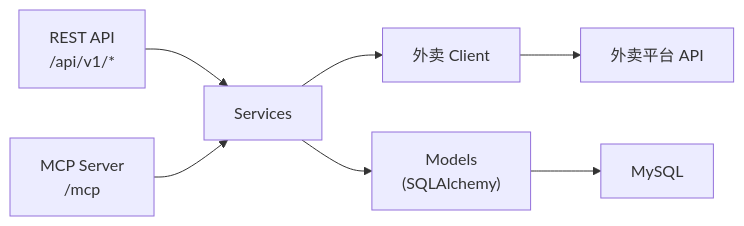
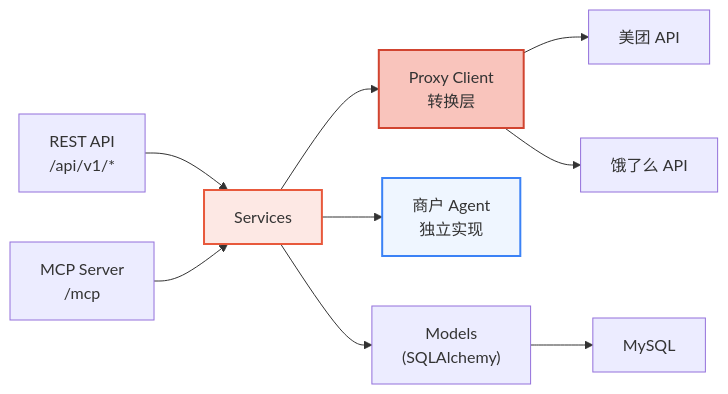
Before and after one commit to clawdot/docs: the first of 7 diagrams in gateway/architecture.mdx, drawn with Mermaid. The commit also changed other lines of this file and 85 other files, not shown here.

First line of the commit message:
refactor: overhaul docs — add Skills, Super Agent, i18n, and updated API reference

````diff
--- a/gateway/architecture.mdx
+++ b/gateway/architecture.mdx
@@ -8,7 +39,14 @@
 ```mermaid
 graph LR
   REST["REST API\n/api/v1/*"] --> Services
   MCP["MCP Server\n/mcp"] --> Services
-  Services --> Client["外卖 Client"] --> API["外卖平台 API"]
+  Services --> ProxyClient["Proxy Client<br/>转换层"]
+  Services --> MerchantAgent["商户 Agent<br/>独立实现"]
+  ProxyClient --> Platform1["美团 API"]
+  ProxyClient --> Platform2["饿了么 API"]
   Services --> Models["Models\n(SQLAlchemy)"] --> MySQL
+
+  style Services fill:#fde8e4,stroke:#E8593C,stroke-width:2px
+  style ProxyClient fill:#f9c4bc,stroke:#D14430,stroke-width:2px
+  style MerchantAgent fill:#EFF6FF,stroke:#3B82F6,stroke-width:2px
 ```
````
